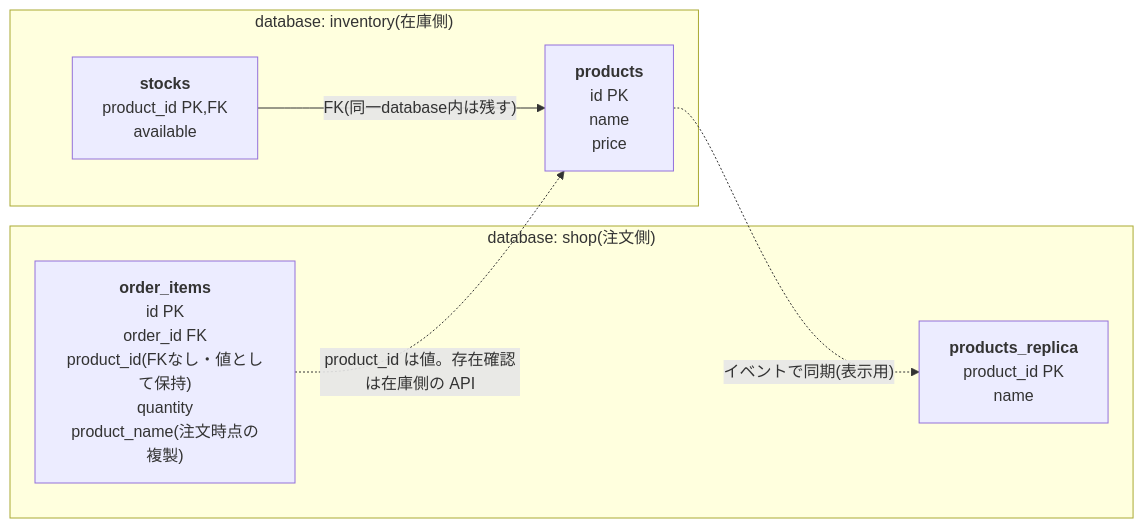
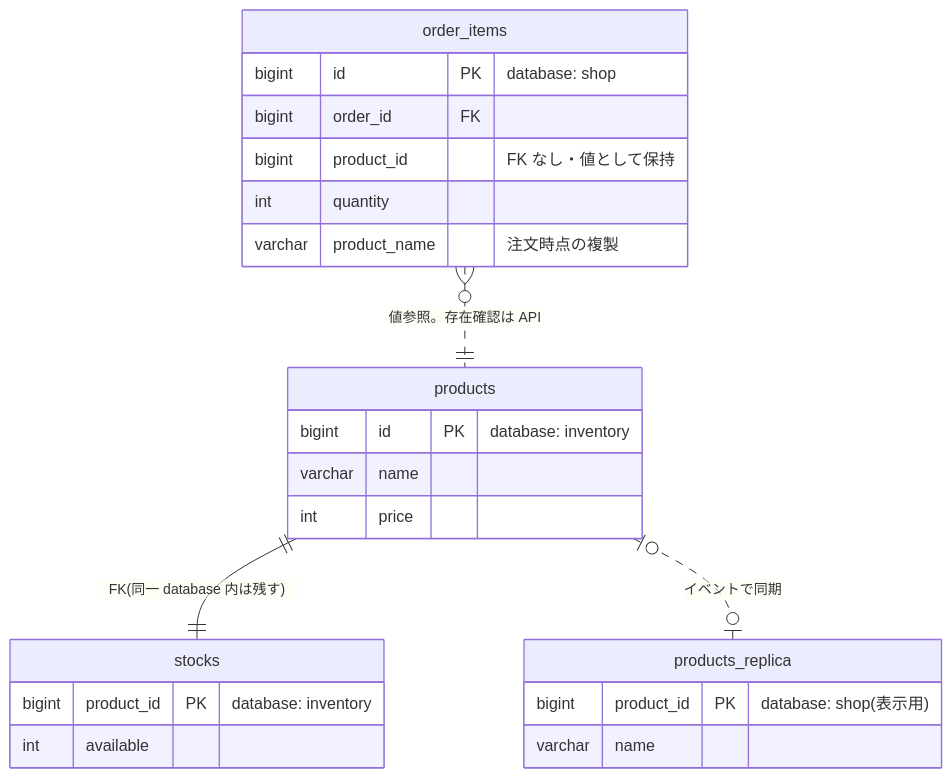
The fifth of 7 diagrams in src/content/blog/monolith-data-carving-three-stages.mdx (rikukaInoue/rikukadev), drawn with Mermaid before and after one commit. The commit also changed other lines of this file and 2 other files, not shown here.

Commit message:
erDiagramのビルド失敗を修正し、移行ガイドのテーブル図を本物のER図にする
mermaid 11.14.0 の erDiagram は一部要素に style="undefined;;;undefined" を
吐き(上流バグ)、inline-svg 戦略ではこれが hast に入って MDX 変換の
inline-style-parser が「property missing ':'」でビルドごと落ちる。
rehypeMermaid の直後に壊れた style 宣言だけ捨てる rehype プラグインを足した
(正しい宣言には触れない。mermaid 12 への major 更新は既存全図の描画が
変わるため見送り)。

移行ガイドの前提モデルと段階2のスキーマ変化を、graph 代用から erDiagram に
描き直した(カーディナリティと属性が正しい記法で出る)。

````diff
--- a/src/content/blog/monolith-data-carving-three-stages.mdx
+++ b/src/content/blog/monolith-data-carving-three-stages.mdx
@@ -137,14 +153,26 @@
 ```mermaid
-graph LR
-    subgraph shop["database: shop(注文側)"]
-        OI["<b>order_items</b><br/>id PK<br/>order_id FK<br/>product_id(FKなし・値として保持)<br/>quantity<br/>product_name(注文時点の複製)"]
-        PR["<b>products_replica</b><br/>product_id PK<br/>name"]
-    end
-    subgraph inv["database: inventory(在庫側)"]
-        P["<b>products</b><br/>id PK<br/>name<br/>price"]
-        ST["<b>stocks</b><br/>product_id PK,FK<br/>available"]
-    end
-    ST -->|"FK(同一database内は残す)"| P
-    P -.->|"イベントで同期(表示用)"| PR
-    OI -.->|"product_id は値。存在確認は在庫側の API"| P
+erDiagram
+    order_items {
+        bigint id PK "database: shop"
+        bigint order_id FK
+        bigint product_id "FK なし・値として保持"
+        int quantity
+        varchar product_name "注文時点の複製"
+    }
+    products_replica {
+        bigint product_id PK "database: shop(表示用)"
+        varchar name
+    }
+    products {
+        bigint id PK "database: inventory"
+        varchar name
+        int price
+    }
+    stocks {
+        bigint product_id PK "database: inventory"
+        int available
+    }
+    products ||--|| stocks : "FK(同一 database 内は残す)"
+    products |o..o| products_replica : "イベントで同期"
+    order_items }o..|| products : "値参照。存在確認は API"
 ```
````
